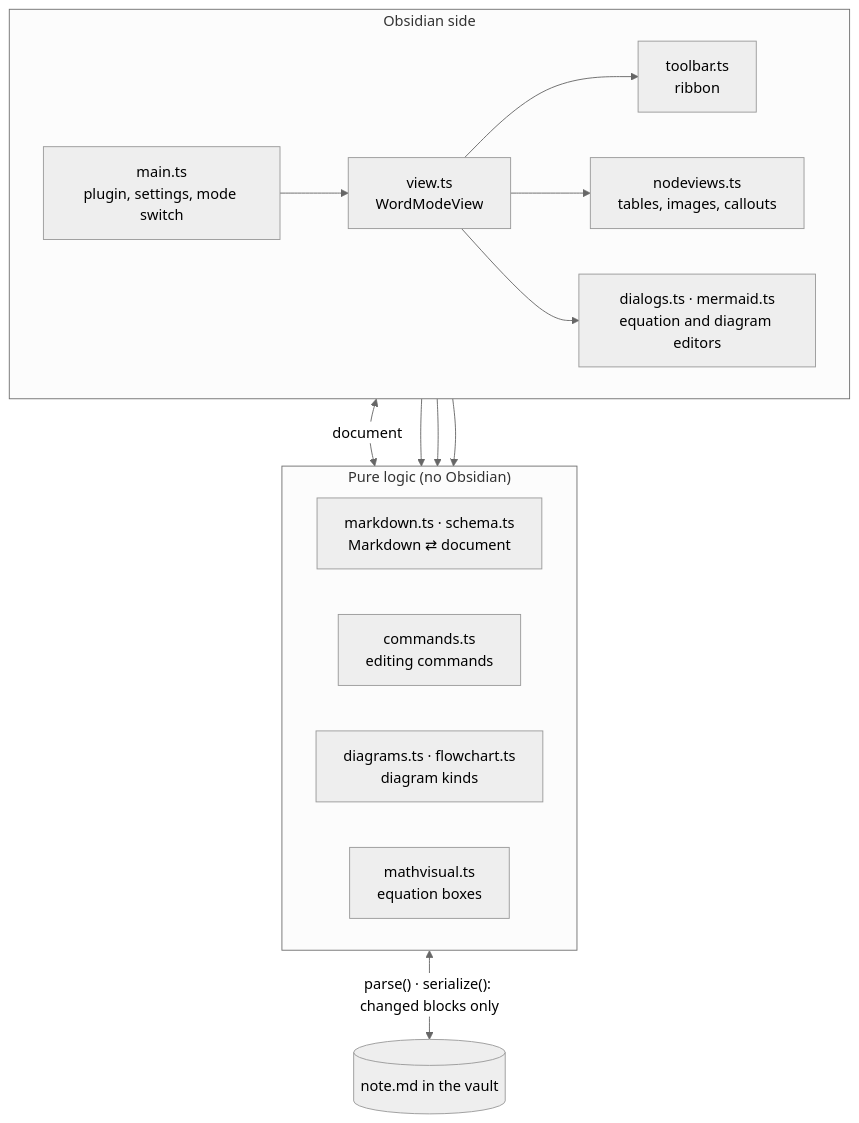
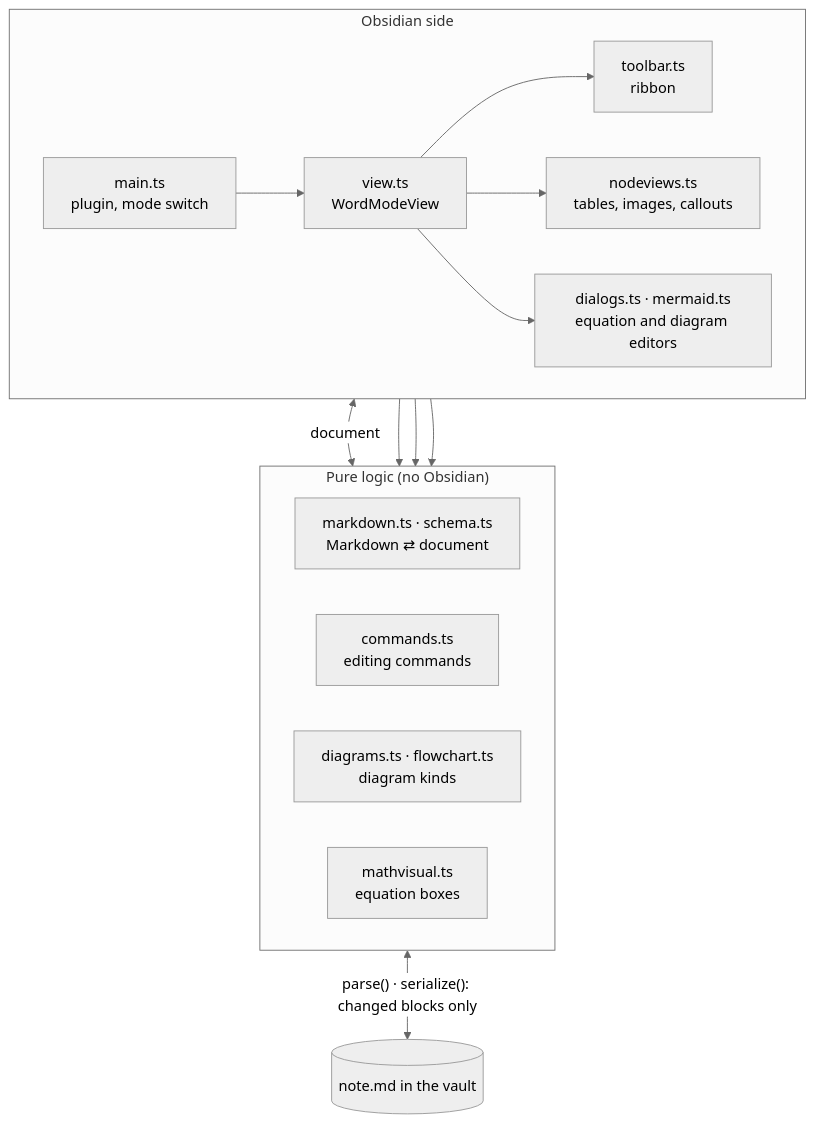
Before and after one commit to NatLee/obsidian-word-mode: the first of 3 diagrams in docs/development.md, drawn with Mermaid (neutral theme). The commit also changed other lines of this file and 9 other files, not shown here.

First line of the commit message:
refactor(settings): move settings data and the settings tab out of main.ts

````diff
--- a/docs/development.md
+++ b/docs/development.md
@@ -35,23 +35,23 @@
 ```mermaid
 flowchart TB
   subgraph obs["Obsidian side"]
     direction LR
-    main["main.ts<br/>plugin, settings, mode switch"] --> view["view.ts<br/>WordModeView"]
+    main["main.ts<br/>plugin, mode switch"] --> view["view.ts<br/>WordModeView"]
     view --> toolbar["toolbar.ts<br/>ribbon"]
     view --> nodeviews["nodeviews.ts<br/>tables, images, callouts"]
     view --> editors["dialogs.ts · mermaid.ts<br/>equation and diagram editors"]
   end
   subgraph pure["Pure logic (no Obsidian)"]
     direction LR
     markdown["markdown.ts · schema.ts<br/>Markdown ⇄ document"]
     commands["commands.ts<br/>editing commands"]
     kinds["diagrams.ts · flowchart.ts<br/>diagram kinds"]
     mathv["mathvisual.ts<br/>equation boxes"]
   end
   file[("note.md in the vault")]
   view <-- "document" --> markdown
   toolbar --> commands
   editors --> kinds
   editors --> mathv
   markdown <-- "parse() · serialize(): changed blocks only" --> file
 ```
````
